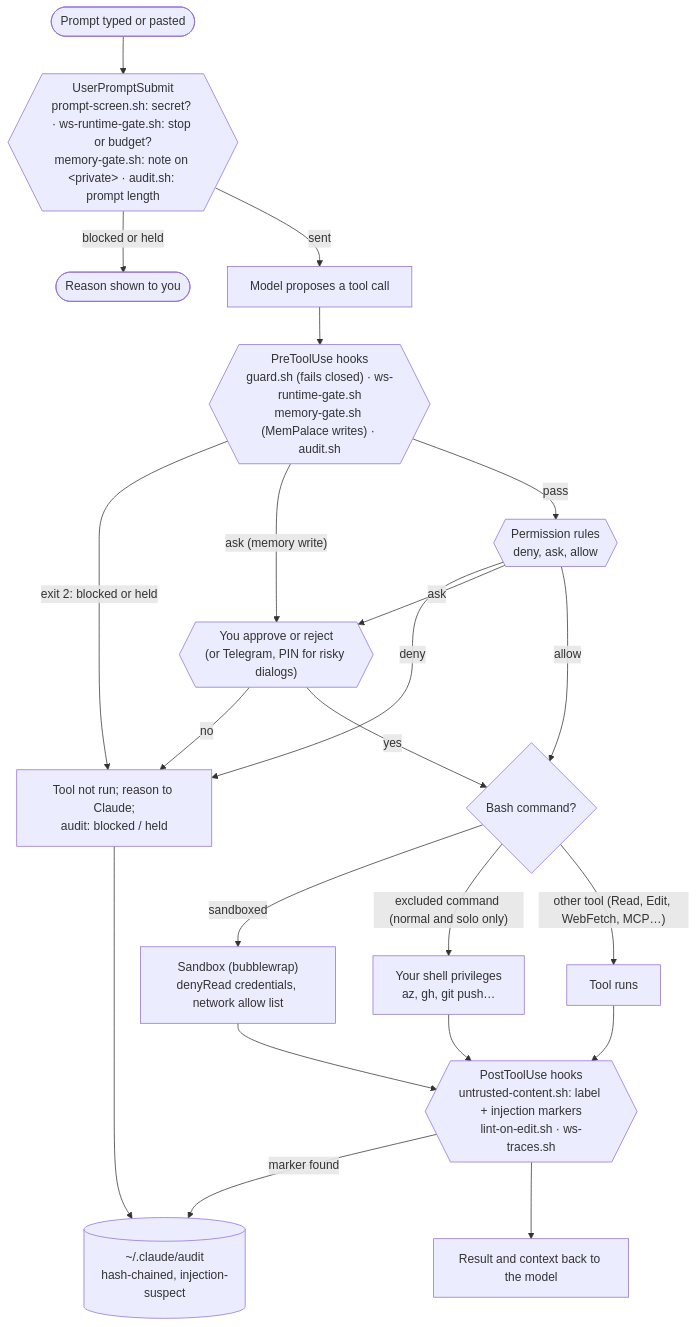
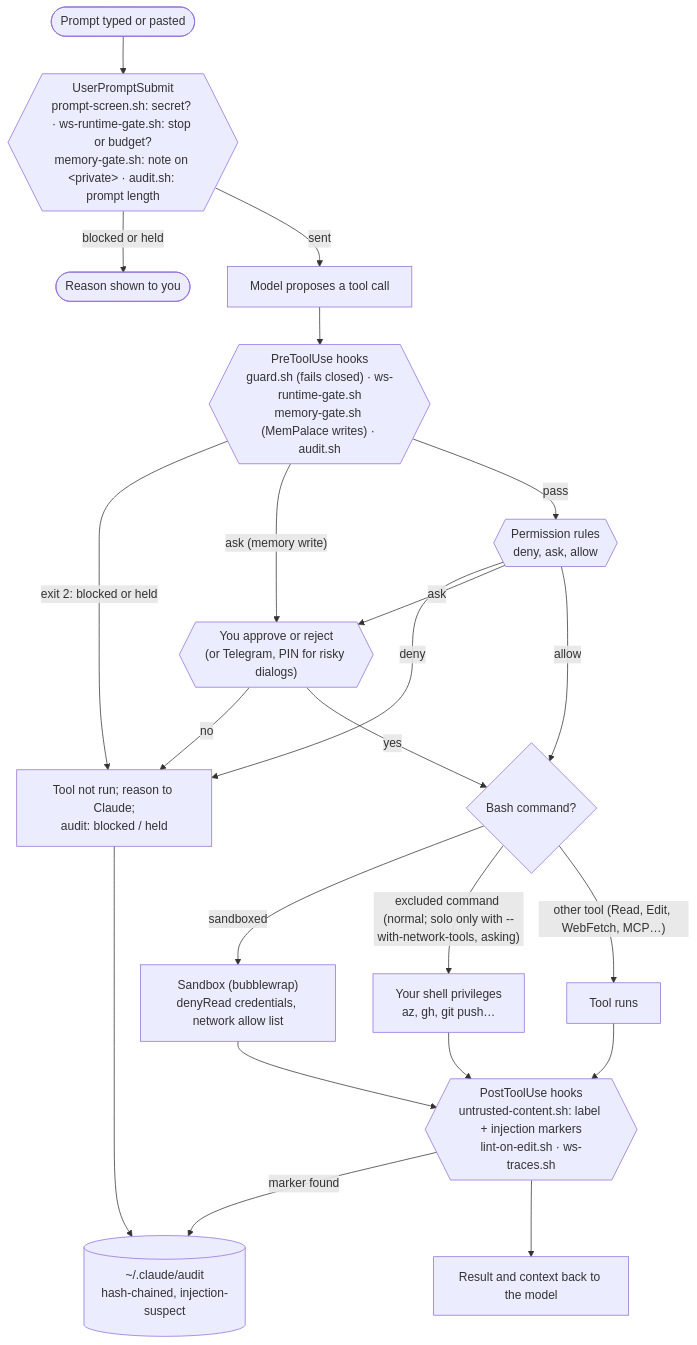
The seventh of 12 diagrams in docs/DIAGRAMS.md (andreshma/claude-workstation), drawn with Mermaid before and after one commit. The commit also changed other lines of this file and 14 other files, not shown here.

````diff
--- a/docs/DIAGRAMS.md
+++ b/docs/DIAGRAMS.md
@@ -255,24 +255,24 @@
 ```mermaid
 flowchart TB
   prompt(["Prompt typed or pasted"]) --> ups{{"UserPromptSubmit<br/>prompt-screen.sh: secret? · ws-runtime-gate.sh: stop or budget?<br/>memory-gate.sh: note on &lt;private&gt; · audit.sh: prompt length"}}
   ups -- "blocked or held" --> back(["Reason shown to you"])
   ups -- "sent" --> model["Model proposes a tool call"]
   model --> pre{{"PreToolUse hooks<br/>guard.sh (fails closed) · ws-runtime-gate.sh<br/>memory-gate.sh (MemPalace writes) · audit.sh"}}
   pre -- "exit 2: blocked or held" --> denied["Tool not run; reason to Claude;<br/>audit: blocked / held"]
   pre -- "ask (memory write)" --> human{{"You approve or reject<br/>(or Telegram, PIN for risky dialogs)"}}
   pre -- "pass" --> rules{{"Permission rules<br/>deny, ask, allow"}}
   rules -- "deny" --> denied
   rules -- "ask" --> human
   human -- "no" --> denied
   human -- "yes" --> run
   rules -- "allow" --> run{"Bash command?"}
   run -- "sandboxed" --> sbx["Sandbox (bubblewrap)<br/>denyRead credentials, network allow list"]
-  run -- "excluded command (normal and solo only)" --> host["Your shell privileges<br/>az, gh, git push…"]
+  run -- "excluded command (normal; solo only with --with-network-tools, asking)" --> host["Your shell privileges<br/>az, gh, git push…"]
   run -- "other tool (Read, Edit, WebFetch, MCP…)" --> tool["Tool runs"]
   sbx --> post
   host --> post
   tool --> post{{"PostToolUse hooks<br/>untrusted-content.sh: label + injection markers<br/>lint-on-edit.sh · ws-traces.sh"}}
   post -- "marker found" --> audit[("~/.claude/audit<br/>hash-chained, injection-suspect")]
   post --> result["Result and context back to the model"]
   denied --> audit
 ```
````
